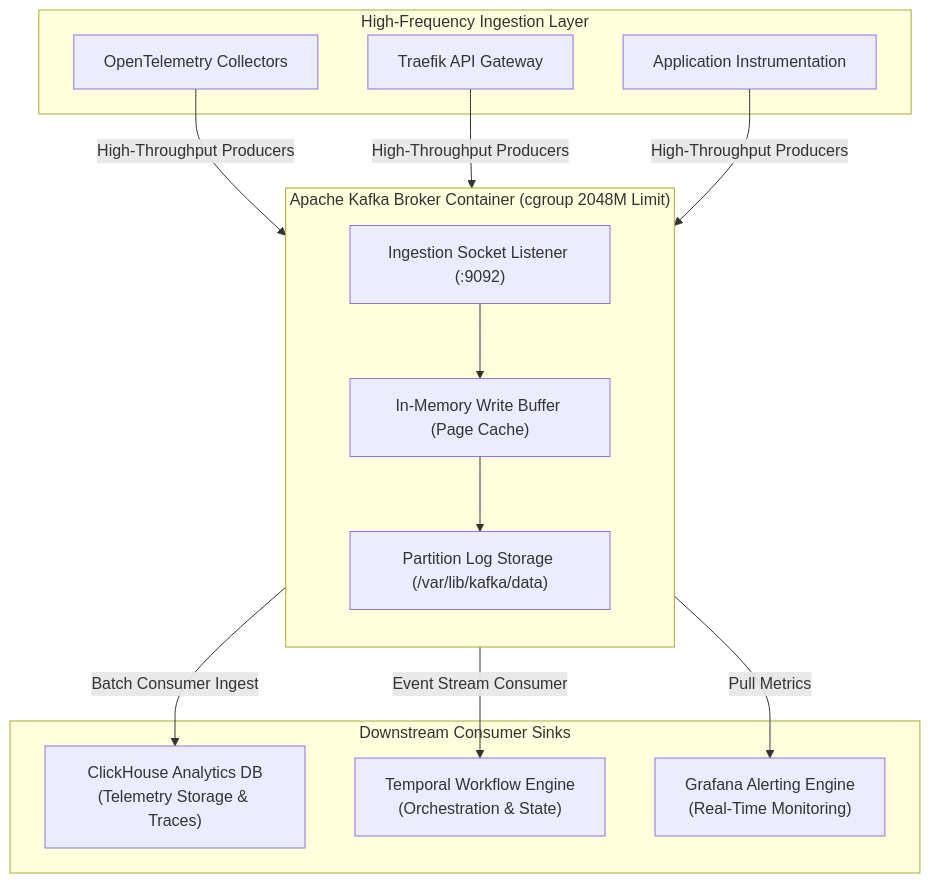
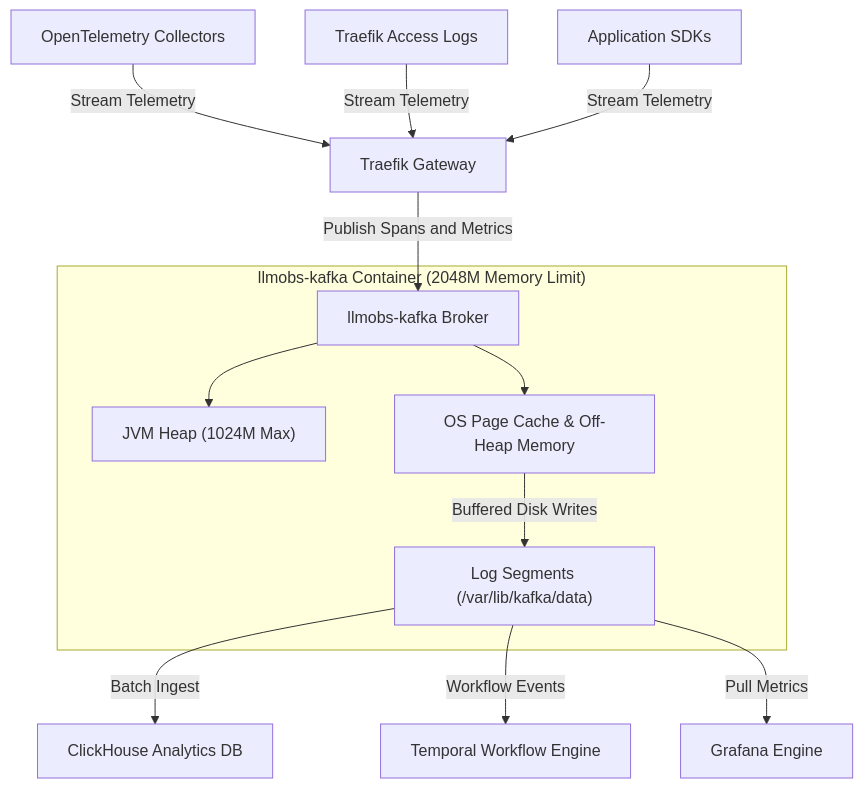
One commit to Chief-Strategist-J/llm-obs-infra changed the first of 12 diagrams in docs/configDoc/kafka-configuration-guide.md. Above: the diagram before and after it, drawn with Mermaid. The commit also changed other lines of this file, not shown here.

Commit message:
docs(kafka): fix Mermaid diagram rendering syntax and convert parameter breakdowns to structured Markdown tables

````diff
--- a/docs/configDoc/kafka-configuration-guide.md
+++ b/docs/configDoc/kafka-configuration-guide.md
@@ -9,27 +9,18 @@
 ```mermaid
 graph TD
-    subgraph Ingestion Entrypoints ["High-Frequency Ingestion Layer"]
-        A1["OpenTelemetry Collectors"]
-        A2["Traefik API Gateway"]
-        A3["Application Instrumentation"]
+    A1["OpenTelemetry Collectors"] -->|Stream Telemetry| B1["Traefik Gateway"]
+    A2["Traefik Access Logs"] -->|Stream Telemetry| B1
+    A3["Application SDKs"] -->|Stream Telemetry| B1
+
+    B1 -->|Publish Spans and Metrics| C1["llmobs-kafka Broker"]
+
+    subgraph Kafka Container ["llmobs-kafka Container (2048M Memory Limit)"]
+        C1 --> D1["JVM Heap (1024M Max)"]
+        C1 --> E1["OS Page Cache & Off-Heap Memory"]
+        E1 -->|Buffered Disk Writes| F1["Log Segments (/var/lib/kafka/data)"]
     end
 
-    subgraph Kafka Messaging Buffer ["Apache Kafka Broker Container (cgroup 2048M Limit)"]
-        direction TB
-        B1["Ingestion Socket Listener (:9092)"]
-        B2["In-Memory Write Buffer (Page Cache)"]
-        B3["Partition Log Storage (/var/lib/kafka/data)"]
-        B1 --> B2 --> B3
-    end
-
-    subgraph Analytical & Execution Sinks ["Downstream Consumer Sinks"]
-        C1["ClickHouse Analytics DB<br/>(Telemetry Storage & Traces)"]
-        C2["Temporal Workflow Engine<br/>(Orchestration & State)"]
-        C3["Grafana Alerting Engine<br/>(Real-Time Monitoring)"]
-    end
-
-    A1 & A2 & A3 -->|High-Throughput Producers| B1
-    B3 -->|Batch Consumer Ingest| C1
-    B3 -->|Event Stream Consumer| C2
-    B3 -->|Pull Metrics| C3
+    F1 -->|Batch Ingest| G1["ClickHouse Analytics DB"]
+    F1 -->|Workflow Events| H1["Temporal Workflow Engine"]
+    F1 -->|Pull Metrics| I1["Grafana Engine"]
 ```
````
